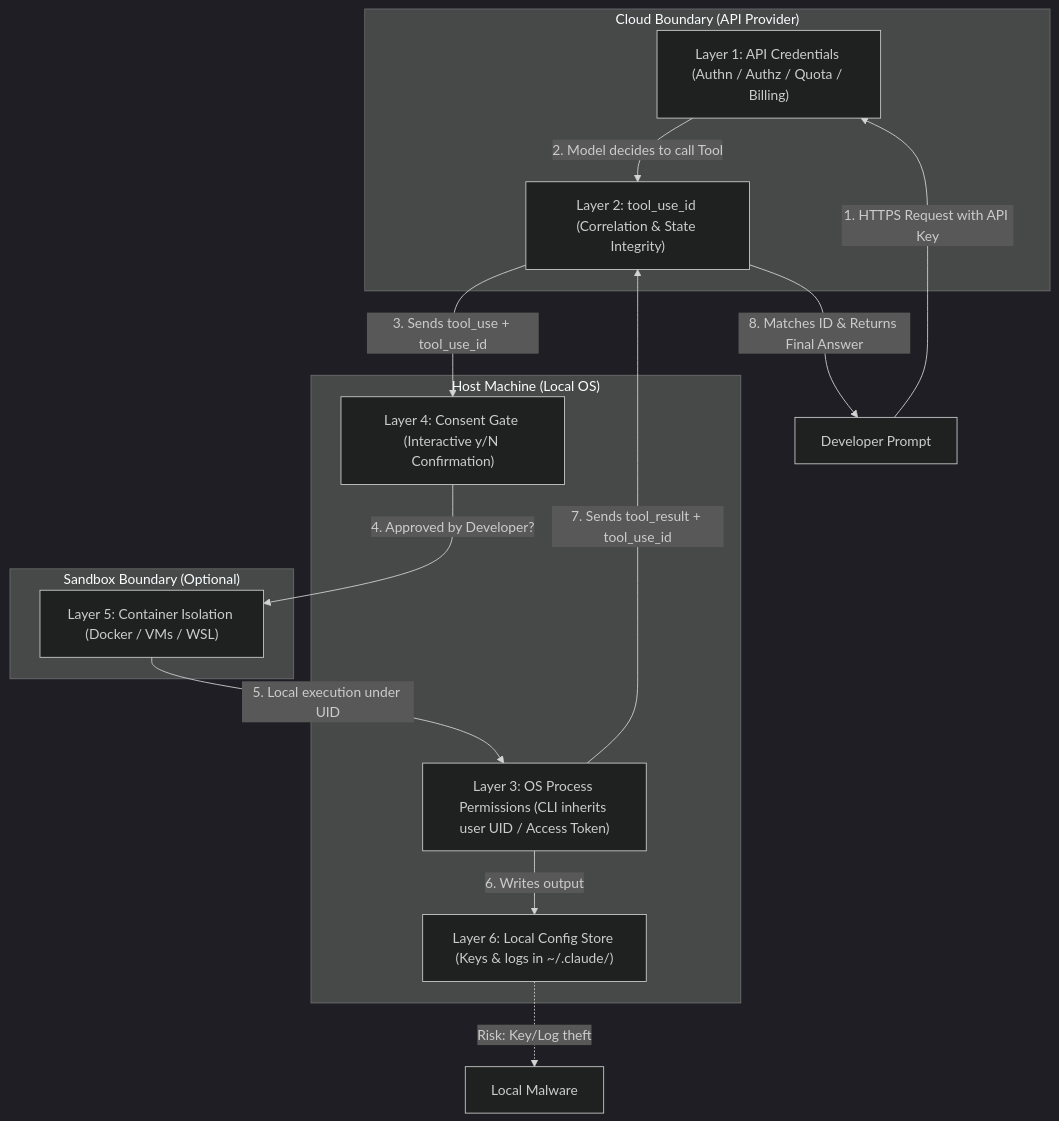
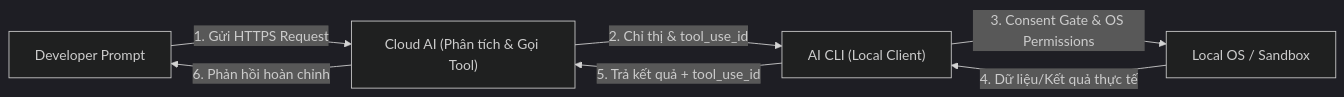
The diagram in docs/TOOL_CALL_SECURITY.md (hahuyhungdev/ai-coding-config), drawn with Mermaid (dark theme) before and after one commit. The commit also changed other lines of this file, not shown here.

Commit message:
docs: simplify tool calling security diagram and add vietnamese summary

````diff
--- a/docs/TOOL_CALL_SECURITY.md
+++ b/docs/TOOL_CALL_SECURITY.md
@@ -12,27 +27,9 @@
 ```mermaid
-graph TD
-    subgraph Cloud["Cloud Boundary (API Provider)"]
-        L1["Layer 1: API Credentials (Authn / Authz / Quota / Billing)"]
-        L2["Layer 2: tool_use_id (Correlation & State Integrity)"]
-    end
-
-    subgraph Host["Host Machine (Local OS)"]
-        L3["Layer 3: OS Process Permissions (CLI inherits user UID / Access Token)"]
-        L4["Layer 4: Consent Gate (Interactive y/N Confirmation)"]
-        L6["Layer 6: Local Config Store (Keys & logs in ~/.claude/)"]
-    end
-
-    subgraph Sandbox["Sandbox Boundary (Optional)"]
-        L5["Layer 5: Container Isolation (Docker / VMs / WSL)"]
-    end
-
-    Developer["Developer Prompt"] -->|1. HTTPS Request with API Key| L1
-    L1 -->|2. Model decides to call Tool| L2
-    L2 -->|3. Sends tool_use + tool_use_id| L4
-    L4 -->|4. Approved by Developer?| L5
-    L5 -->|5. Local execution under UID| L3
-    L3 -->|6. Writes output| L6
-    L6 -.->|Risk: Key/Log theft| Malware["Local Malware"]
-    L3 -->|7. Sends tool_result + tool_use_id| L2
-    L2 -->|8. Matches ID & Returns Final Answer| Developer
+graph LR
+    Dev["Developer Prompt"] -->|1. Gửi HTTPS Request| Cloud["Cloud AI (Phân tích & Gọi Tool)"]
+    Cloud -->|2. Chỉ thị & tool_use_id| Client["AI CLI (Local Client)"]
+    Client -->|3. Consent Gate & OS Permissions| OS["Local OS / Sandbox"]
+    OS -->|4. Dữ liệu/Kết quả thực tế| Client
+    Client -->|5. Trả kết quả + tool_use_id| Cloud
+    Cloud -->|6. Phản hồi hoàn chỉnh| Dev
 ```
````
